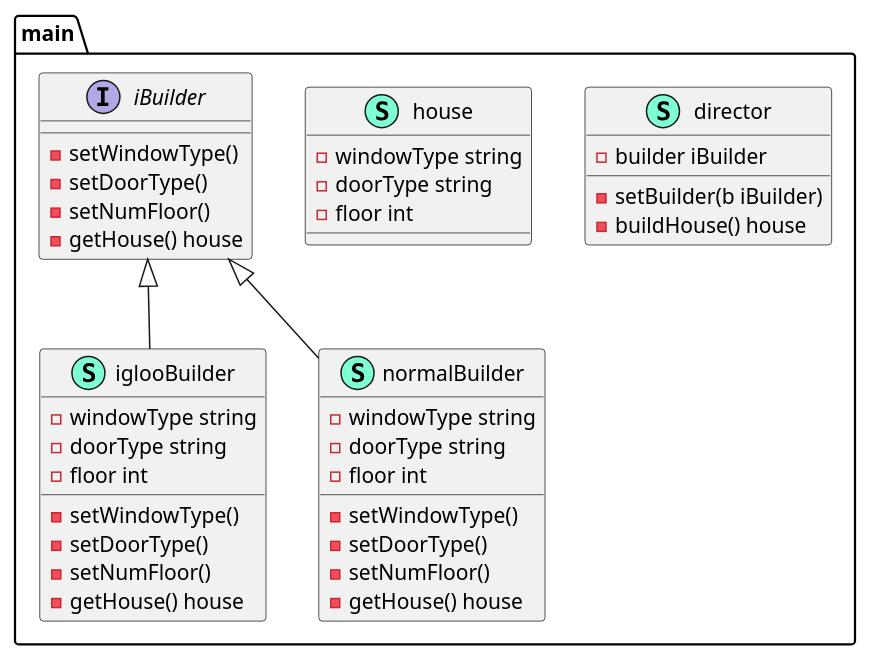
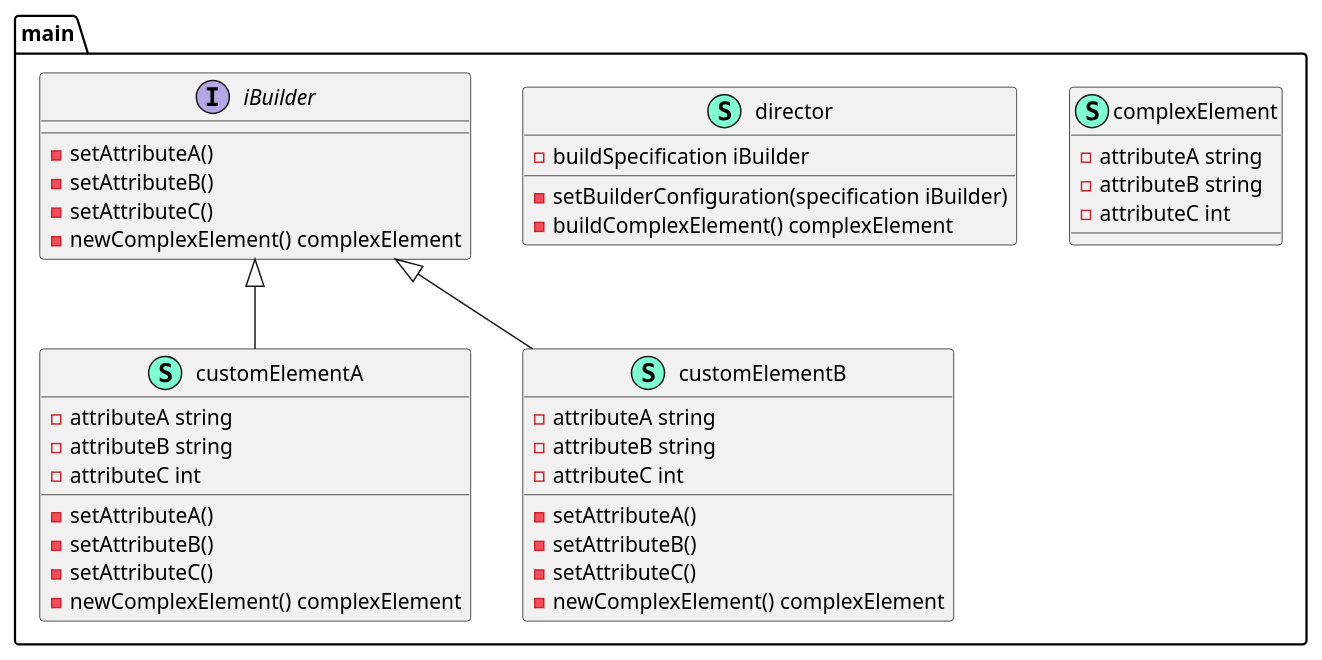
One commit to cloudemprise/go-dsgn-pttrn-builder changed the diagram in go-dsgn-pttrn-builder.puml. Above: the diagram before and after it, drawn with PlantUML. The commit also changed 3 other files, not shown here.

```diff
--- a/go-dsgn-pttrn-builder.puml
+++ b/go-dsgn-pttrn-builder.puml
@@ -1,50 +1,50 @@
 @startuml
 namespace main {
-    class director << (S,Aquamarine) >> {
-        - builder iBuilder
-
-        - setBuilder(b iBuilder) 
-        - buildHouse() house
+    class complexElement << (S,Aquamarine) >> {
+        - attributeA string
+        - attributeB string
+        - attributeC int
 
     }
-    class house << (S,Aquamarine) >> {
-        - windowType string
-        - doorType string
-        - floor int
+    class customElementA << (S,Aquamarine) >> {
+        - attributeA string
+        - attributeB string
+        - attributeC int
+
+        - setAttributeA() 
+        - setAttributeB() 
+        - setAttributeC() 
+        - newComplexElement() complexElement
+
+    }
+    class customElementB << (S,Aquamarine) >> {
+        - attributeA string
+        - attributeB string
+        - attributeC int
+
+        - setAttributeA() 
+        - setAttributeB() 
+        - setAttributeC() 
+        - newComplexElement() complexElement
+
+    }
+    class director << (S,Aquamarine) >> {
+        - buildSpecification iBuilder
+
+        - setBuilderConfiguration(specification iBuilder) 
+        - buildComplexElement() complexElement
 
     }
     interface iBuilder  {
-        - setWindowType() 
-        - setDoorType() 
-        - setNumFloor() 
-        - getHouse() house
-
-    }
-    class iglooBuilder << (S,Aquamarine) >> {
-        - windowType string
-        - doorType string
-        - floor int
-
-        - setWindowType() 
-        - setDoorType() 
-        - setNumFloor() 
-        - getHouse() house
-
-    }
-    class normalBuilder << (S,Aquamarine) >> {
-        - windowType string
-        - doorType string
-        - floor int
-
-        - setWindowType() 
-        - setDoorType() 
-        - setNumFloor() 
-        - getHouse() house
+        - setAttributeA() 
+        - setAttributeB() 
+        - setAttributeC() 
+        - newComplexElement() complexElement
 
     }
 }
 
-"main.iBuilder" <|-- "main.iglooBuilder"
-"main.iBuilder" <|-- "main.normalBuilder"
+"main.iBuilder" <|-- "main.customElementA"
+"main.iBuilder" <|-- "main.customElementB"
 
 @enduml
```
